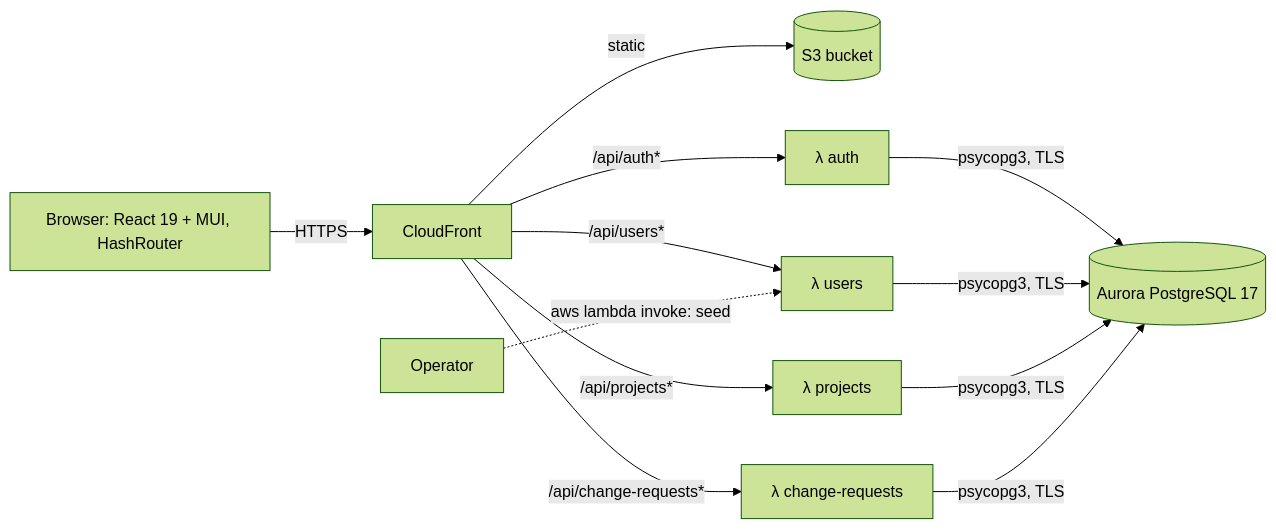
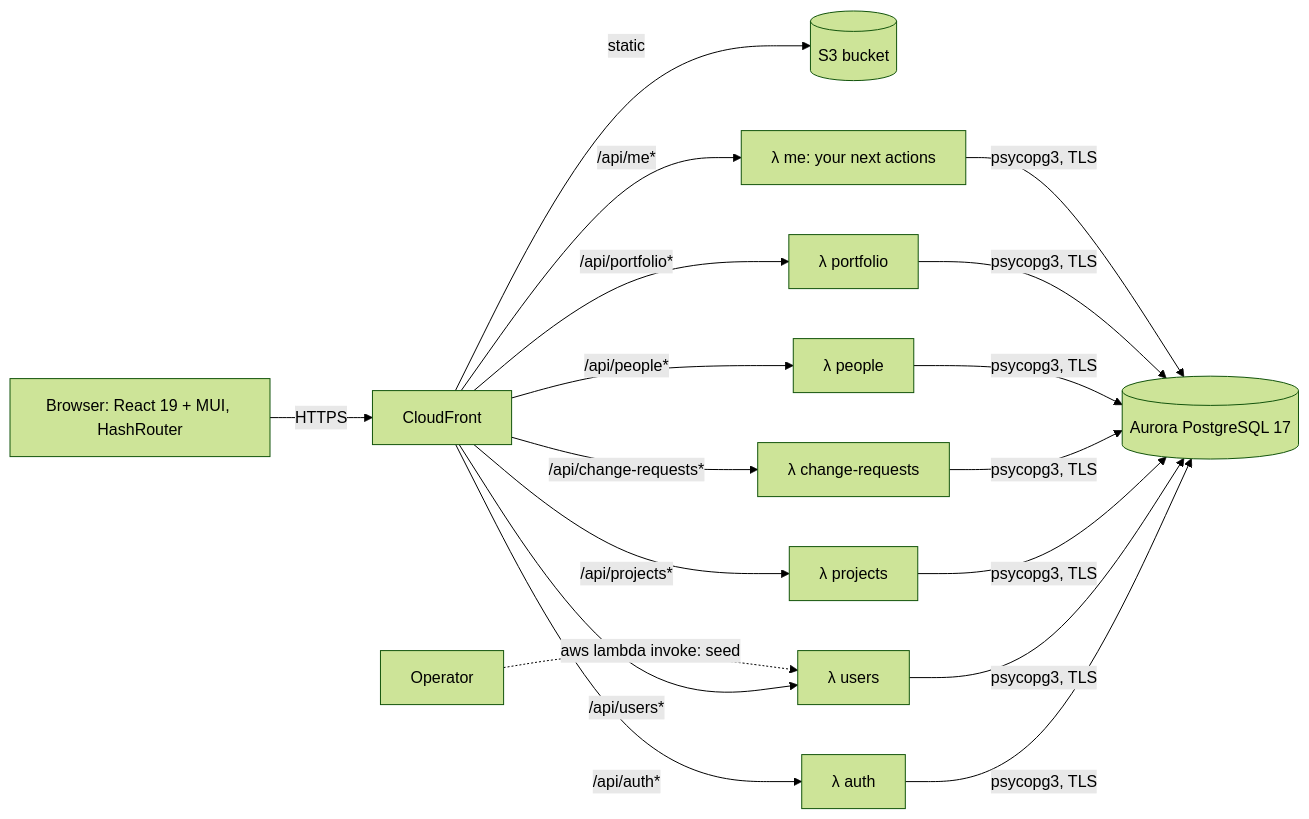
The diagram in README.md (yarbroughrh/acme-tech-org), drawn with Mermaid (forest theme) before and after one commit. The commit also changed other lines of this file and 3 other files, not shown here.

````diff
--- a/README.md
+++ b/README.md
@@ -32,11 +33,14 @@
 ```mermaid
 graph LR
   B[Browser: React 19 + MUI, HashRouter] -->|HTTPS| CF[CloudFront]
   CF -->|static| S3[(S3 bucket)]
   CF -->|/api/auth*| A[λ auth]
   CF -->|/api/users*| U[λ users]
   CF -->|/api/projects*| P[λ projects]
   CF -->|/api/change-requests*| C[λ change-requests]
-  A & U & P & C -->|psycopg3, TLS| DB[(Aurora PostgreSQL 17)]
+  CF -->|/api/people*| PE[λ people]
+  CF -->|/api/portfolio*| PF[λ portfolio]
+  CF -->|/api/me*| ME[λ me: your next actions]
+  A & U & P & C & PE & PF & ME -->|psycopg3, TLS| DB[(Aurora PostgreSQL 17)]
   OPS[Operator] -.->|aws lambda invoke: seed| U
 ```
````
